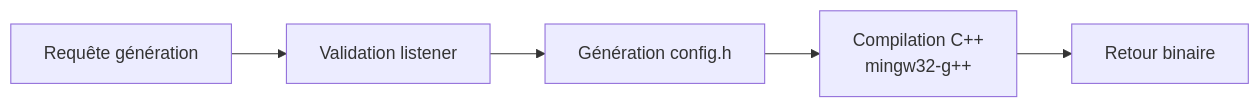
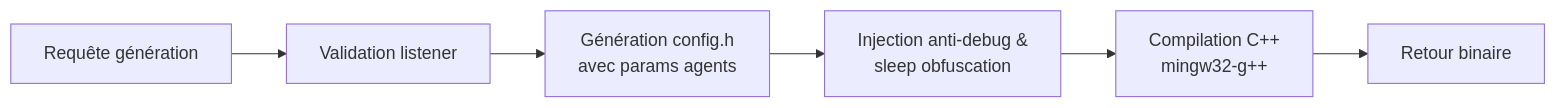
The third of 5 diagrams in docs/BACKEND.md (Xor290/C2-XOR), drawn with Mermaid before and after one commit. The commit also changed other lines of this file and 2 other files, not shown here.

````diff
--- a/docs/BACKEND.md
+++ b/docs/BACKEND.md
@@ -251,7 +270,8 @@
 ```mermaid
 flowchart LR
     A[Requête génération] --> B[Validation listener]
-    B --> C[Génération config.h]
-    C --> D[Compilation C++<br/>mingw32-g++]
-    D --> E[Retour binaire]
+    B --> C[Génération config.h<br/>avec params agents]
+    C --> D[Injection anti-debug &<br/>sleep obfuscation]
+    D --> E[Compilation C++<br/>mingw32-g++]
+    E --> F[Retour binaire]
 ```
````
